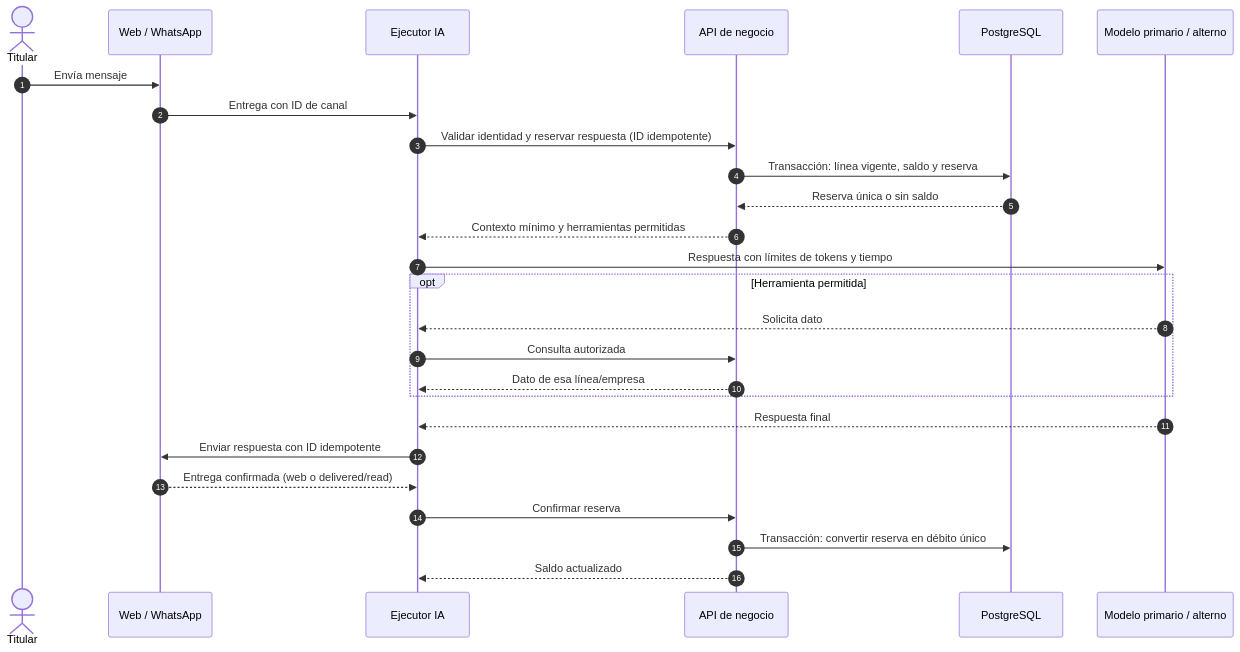
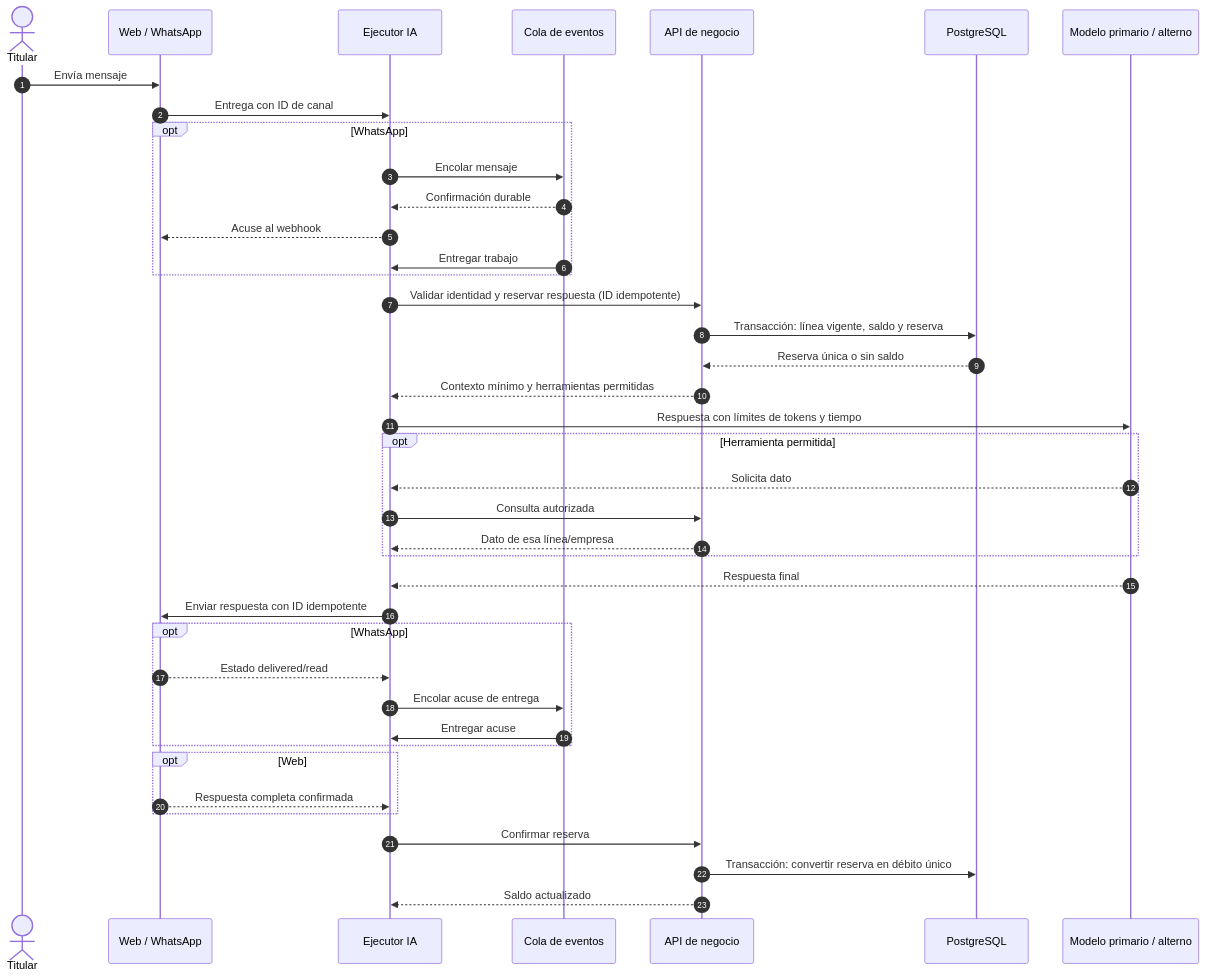
The third of 3 diagrams in README.md (rflorsree/gege), drawn with Mermaid before and after one commit. The commit also changed other lines of this file and 5 other files, not shown here.

````diff
--- a/README.md
+++ b/README.md
@@ -81,28 +81,42 @@
 ```mermaid
 sequenceDiagram
   autonumber
   actor U as Titular
   participant C as Web / WhatsApp
   participant A as Ejecutor IA
+  participant Q as Cola de eventos
   participant B as API de negocio
   participant D as PostgreSQL
   participant M as Modelo primario / alterno
   U->>C: Envía mensaje
   C->>A: Entrega con ID de canal
+  opt WhatsApp
+    A->>Q: Encolar mensaje
+    Q-->>A: Confirmación durable
+    A-->>C: Acuse al webhook
+    Q->>A: Entregar trabajo
+  end
   A->>B: Validar identidad y reservar respuesta (ID idempotente)
   B->>D: Transacción: línea vigente, saldo y reserva
   D-->>B: Reserva única o sin saldo
   B-->>A: Contexto mínimo y herramientas permitidas
   A->>M: Respuesta con límites de tokens y tiempo
   opt Herramienta permitida
     M-->>A: Solicita dato
     A->>B: Consulta autorizada
     B-->>A: Dato de esa línea/empresa
   end
   M-->>A: Respuesta final
   A->>C: Enviar respuesta con ID idempotente
-  C-->>A: Entrega confirmada (web o delivered/read)
+  opt WhatsApp
+    C-->>A: Estado delivered/read
+    A->>Q: Encolar acuse de entrega
+    Q->>A: Entregar acuse
+  end
+  opt Web
+    C-->>A: Respuesta completa confirmada
+  end
   A->>B: Confirmar reserva
   B->>D: Transacción: convertir reserva en débito único
   B-->>A: Saldo actualizado
 ```
````
